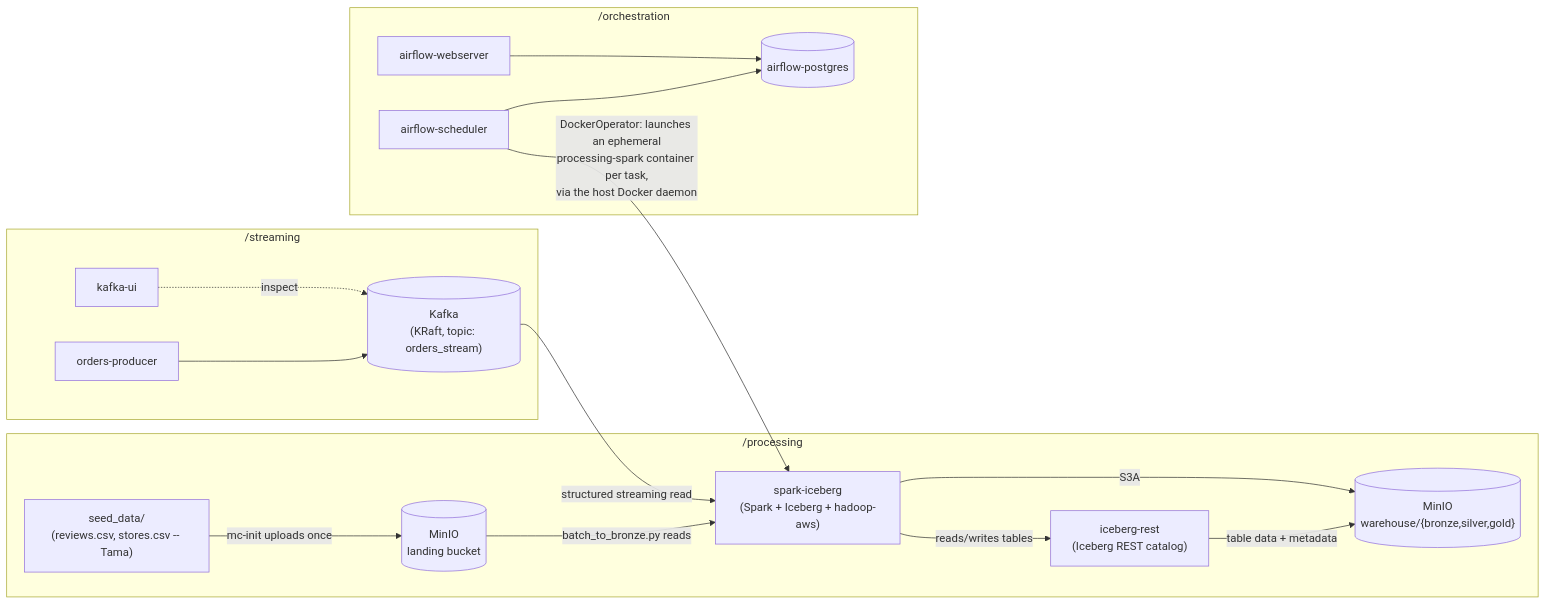
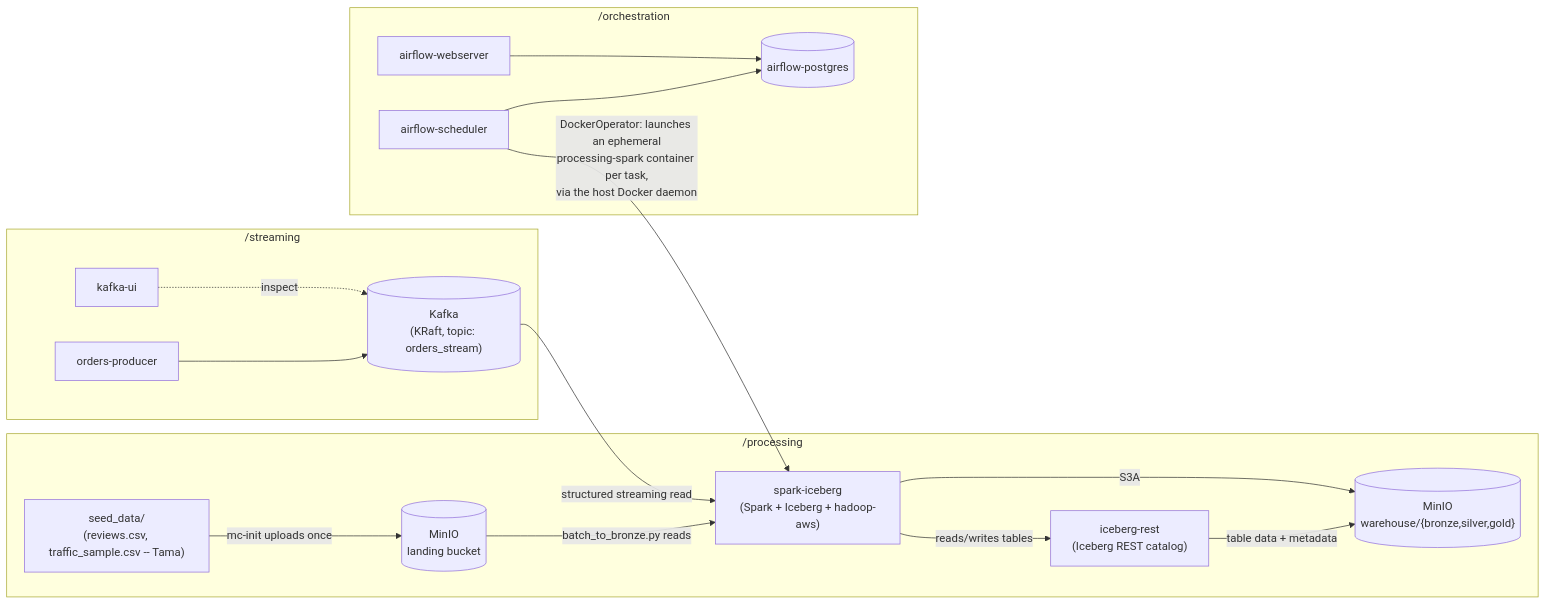
The diagram in docs/architecture.md (Yossi-xD/Big-Data-Project), drawn with Mermaid before and after one commit. The commit also changed other lines of this file and 5 other files, not shown here.

First line of the commit message:
Update docs for Traffic replacing Stores and fix mc-init seed detection

````diff
--- a/docs/architecture.md
+++ b/docs/architecture.md
@@ -37,29 +44,29 @@
 ```mermaid
 flowchart LR
     subgraph streaming ["/streaming"]
         producer["orders-producer"] --> kafka[("Kafka\n(KRaft, topic: orders_stream)")]
         kafkaui["kafka-ui"] -.inspect.-> kafka
     end
 
     subgraph processing ["/processing"]
-        seed["seed_data/\n(reviews.csv, stores.csv -- Tama)"] -->|mc-init uploads once| landing[("MinIO\nlanding bucket")]
+        seed["seed_data/\n(reviews.csv, traffic_sample.csv -- Tama)"] -->|mc-init uploads once| landing[("MinIO\nlanding bucket")]
         spark["spark-iceberg\n(Spark + Iceberg + hadoop-aws)"]
         rest["iceberg-rest\n(Iceberg REST catalog)"]
         minio[("MinIO\nwarehouse/{bronze,silver,gold}")]
         landing -->|batch_to_bronze.py reads| spark
         spark -->|reads/writes tables| rest
         rest -->|table data + metadata| minio
         spark -->|S3A| minio
     end
 
     subgraph orchestration ["/orchestration"]
         scheduler["airflow-scheduler"]
         webserver["airflow-webserver"]
         pg[("airflow-postgres")]
         scheduler --> pg
         webserver --> pg
     end
 
     kafka -->|structured streaming read| spark
     scheduler -->|DockerOperator: launches an ephemeral\nprocessing-spark container per task,\nvia the host Docker daemon| spark
 ```
````
